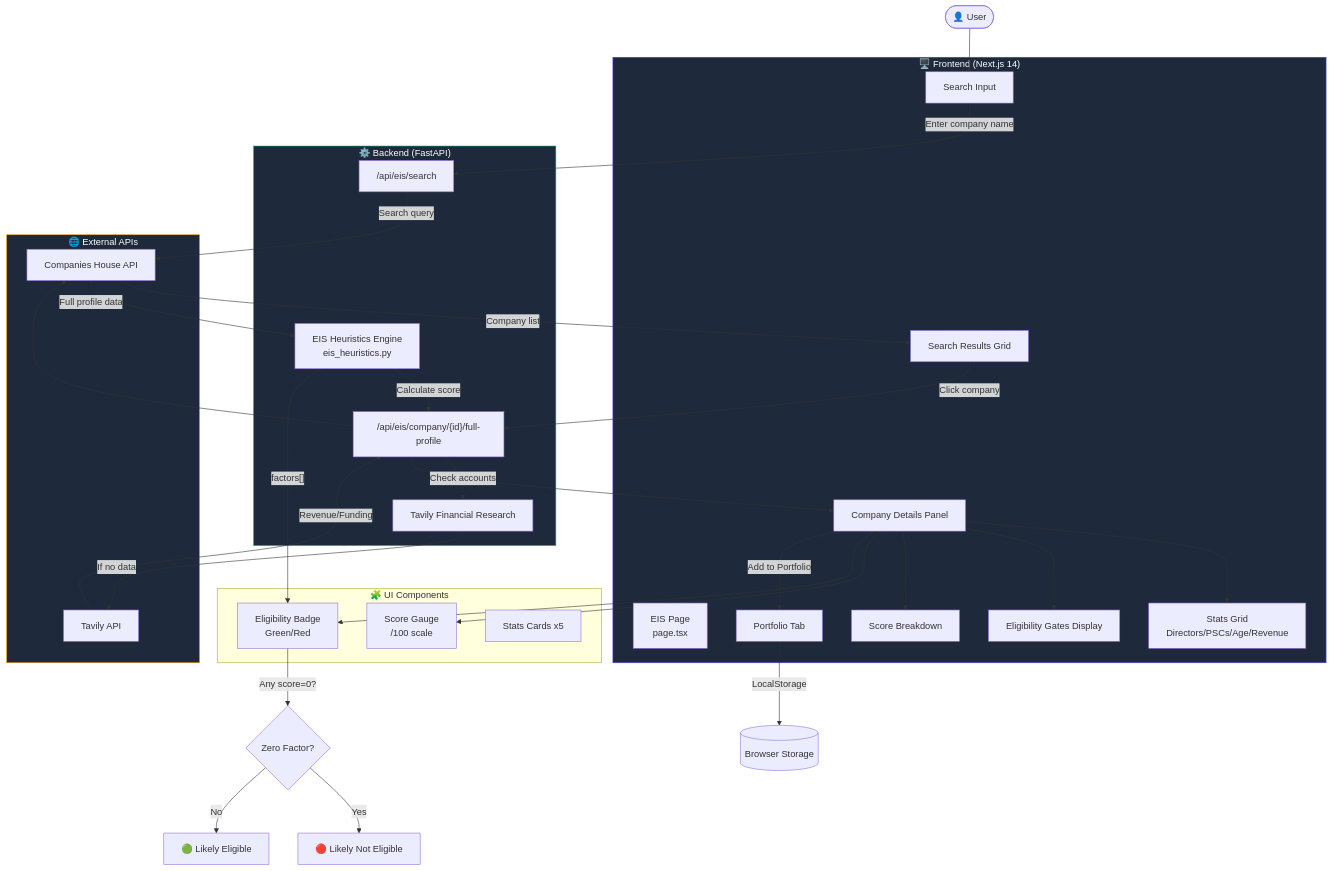
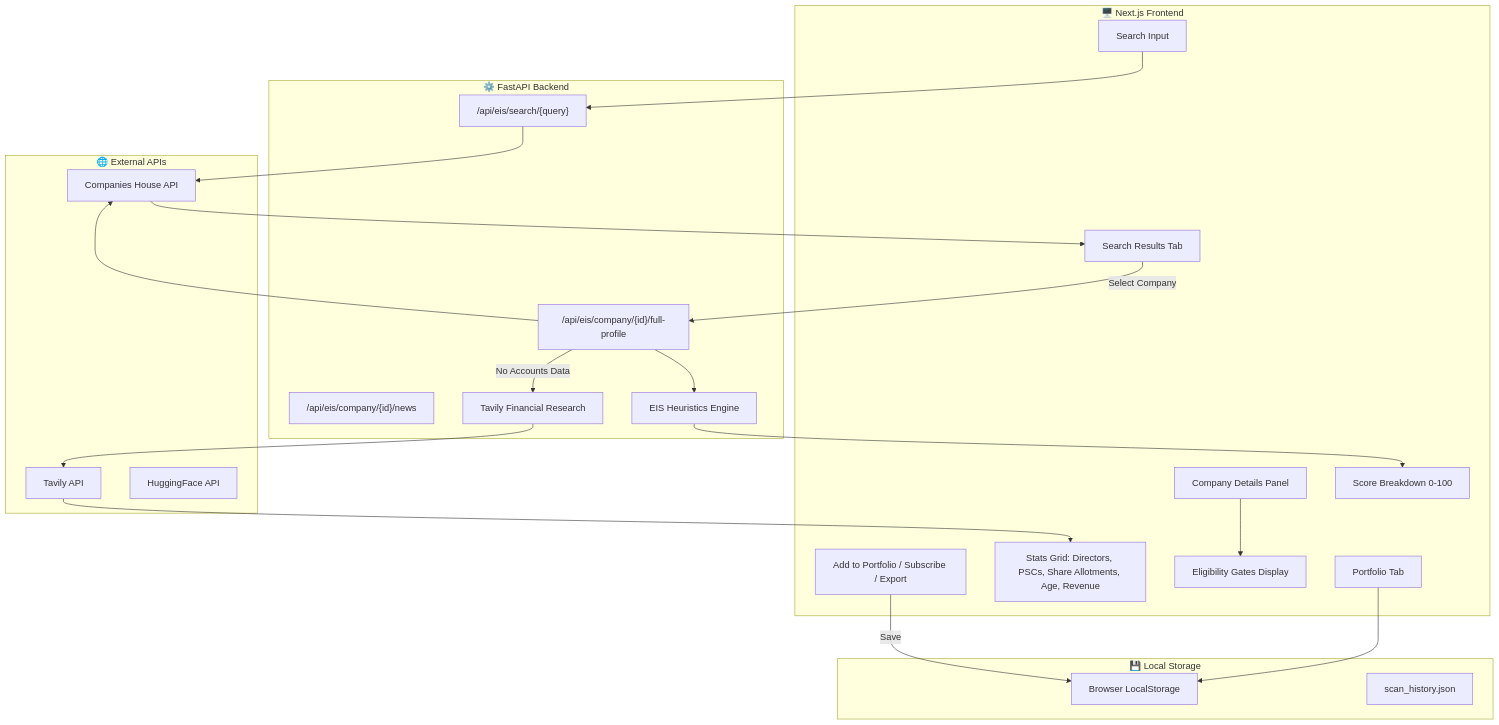
Before and after one commit to nagasriramnani/Currency-Intelligence-Platform-V2: the first of 11 diagrams in EIS_ARCHITECTURE.md, drawn with Mermaid. The commit also changed other lines of this file, not shown here.

Commit message:
docs: Restore original EIS Architecture with sequence diagrams

````diff
--- a/EIS_ARCHITECTURE.md
+++ b/EIS_ARCHITECTURE.md
@@ -11,68 +15,49 @@
 ```mermaid
 flowchart TB
-    subgraph Frontend["🖥️ Frontend (Next.js 14)"]
-        UI[EIS Page<br/>page.tsx]
-        Search[Search Input]
-        Results[Search Results Grid]
-        Details[Company Details Panel]
-        Portfolio[Portfolio Tab]
-        Stats[Stats Grid<br/>Directors/PSCs/Age/Revenue]
-        Gates[Eligibility Gates Display]
-        Breakdown[Score Breakdown]
+    subgraph Frontend["🖥️ Next.js Frontend"]
+        SearchBar[Search Input]
+        PortfolioTab[Portfolio Tab]
+        SearchTab[Search Results Tab]
+        CompanyDetails[Company Details Panel]
+        StatsGrid[Stats Grid: Directors, PSCs, Share Allotments, Age, Revenue]
+        EligibilityGates[Eligibility Gates Display]
+        ScoreBreakdown[Score Breakdown 0-100]
+        ActionButtons[Add to Portfolio / Subscribe / Export]
     end
 
-    subgraph Backend["⚙️ Backend (FastAPI)"]
-        SearchAPI["/api/eis/search"]
+    subgraph Backend["⚙️ FastAPI Backend"]
+        SearchAPI["/api/eis/search/{query}"]
         ProfileAPI["/api/eis/company/{id}/full-profile"]
-        EISEngine[EIS Heuristics Engine<br/>eis_heuristics.py]
-        TavilyFinance[Tavily Financial Research]
+        NewsAPI["/api/eis/company/{id}/news"]
+        EISEngine[EIS Heuristics Engine]
+        TavilyFinancial[Tavily Financial Research]
     end
 
     subgraph External["🌐 External APIs"]
-        CH[Companies House API]
-        Tavily[Tavily API]
+        CompaniesHouse["Companies House API"]
+        TavilyAPI["Tavily API"]
+        HuggingFace["HuggingFace API"]
     end
 
-    subgraph Components["🧩 UI Components"]
-        ScoreGauge[Score Gauge<br/>/100 scale]
-        Badge[Eligibility Badge<br/>Green/Red]
-        StatsCard[Stats Cards x5]
+    subgraph Storage["💾 Local Storage"]
+        LocalPortfolio[Browser LocalStorage]
+        ScanHistory[scan_history.json]
     end
 
-    %% User Flow
-    User([👤 User]) --> Search
-    Search -->|"Enter company name"| SearchAPI
-    SearchAPI -->|"Search query"| CH
-    CH -->|"Company list"| Results
-    Results -->|"Click company"| ProfileAPI
+    SearchBar --> SearchAPI
+    SearchAPI --> CompaniesHouse
+    CompaniesHouse --> SearchTab
     
-    %% Profile Loading
-    ProfileAPI --> CH
-    CH -->|"Full profile data"| EISEngine
-    EISEngine -->|"Calculate score"| ProfileAPI
-    ProfileAPI -->|"Check accounts"| TavilyFinance
-    TavilyFinance -->|"If no data"| Tavily
-    Tavily -->|"Revenue/Funding"| ProfileAPI
+    SearchTab -->|Select Company| ProfileAPI
+    ProfileAPI --> CompaniesHouse
+    ProfileAPI --> EISEngine
+    EISEngine --> ScoreBreakdown
     
-    %% Display
-    ProfileAPI --> Details
-    Details --> Stats
-    Details --> Gates
-    Details --> Breakdown
-    Details --> ScoreGauge
-    Details --> Badge
+    ProfileAPI -->|No Accounts Data| TavilyFinancial
+    TavilyFinancial --> TavilyAPI
+    TavilyAPI --> StatsGrid
     
-    %% Eligibility Logic
-    EISEngine -->|"factors[]"| Badge
-    Badge -->|"Any score=0?"| BadgeLogic{Zero Factor?}
-    BadgeLogic -->|"Yes"| RedBadge[🔴 Likely Not Eligible]
-    BadgeLogic -->|"No"| GreenBadge[🟢 Likely Eligible]
-    
-    %% Portfolio
-    Details -->|"Add to Portfolio"| Portfolio
-    Portfolio -->|"LocalStorage"| Browser[(Browser Storage)]
-
-    style Frontend fill:#1e293b,stroke:#4f46e5,color:#fff
-    style Backend fill:#1e293b,stroke:#10b981,color:#fff
-    style External fill:#1e293b,stroke:#f59e0b,color:#fff
+    CompanyDetails --> EligibilityGates
+    ActionButtons -->|Save| LocalPortfolio
+    PortfolioTab --> LocalPortfolio
 ```
````
